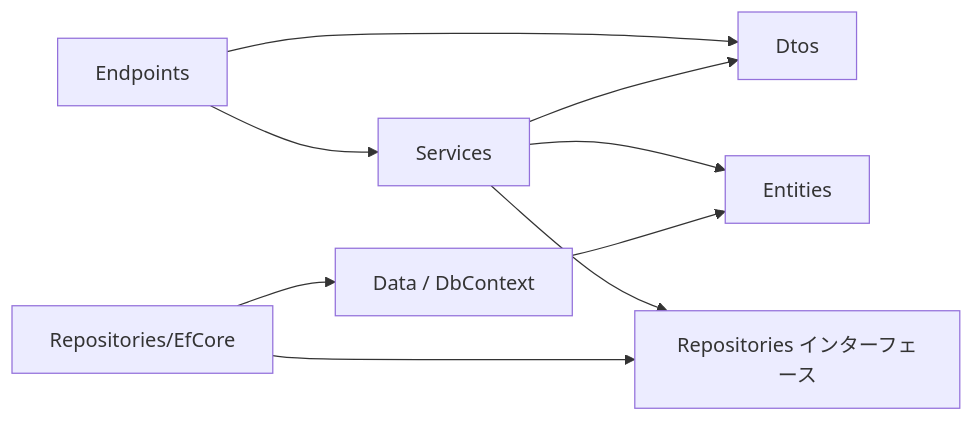
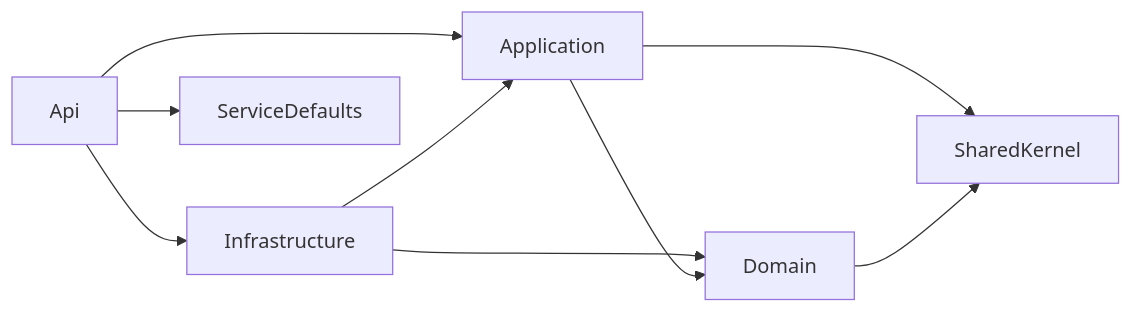
One commit to Kaito-Nishihara/EldenRing_Nightreign_Tools changed the diagram in docs/design/common-service.md. Above: the diagram before and after it, drawn with Mermaid. The commit also changed other lines of this file and 20 other files, not shown here.

````diff
--- a/docs/design/common-service.md
+++ b/docs/design/common-service.md
@@ -79,11 +90,11 @@
 ```mermaid
 flowchart LR
-    E[Endpoints] --> S[Services]
-    E --> D[Dtos]
-    S --> R[Repositories インターフェース]
-    S --> D
-    S --> En[Entities]
-    RI[Repositories/EfCore] --> R
-    RI --> Db[Data / DbContext]
-    Db --> En
+    Api --> Application
+    Api --> Infrastructure
+    Api --> SD[ServiceDefaults]
+    Infrastructure --> Application
+    Infrastructure --> Domain
+    Application --> Domain
+    Application --> SK[SharedKernel]
+    Domain --> SK
 ```
````
